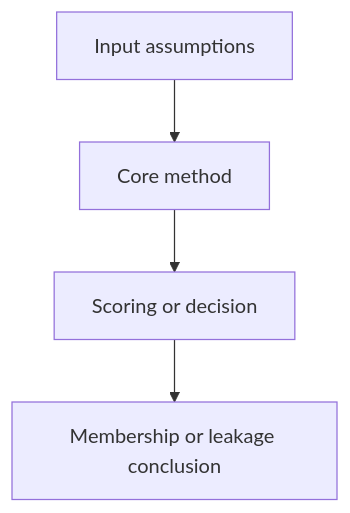
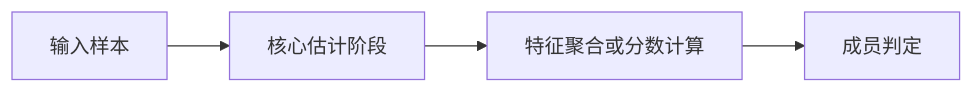
One commit to DeliciousBuding/DiffAudit-Research changed the diagram in docs/paper-reports/report-template.md. Above: the diagram before and after it, drawn with Mermaid. The commit also changed other lines of this file and 68 other files, not shown here.

````diff
--- a/docs/paper-reports/report-template.md
+++ b/docs/paper-reports/report-template.md
@@ -24,6 +44,6 @@
 ```mermaid
-flowchart TD
-    A["Input assumptions"] --> B["Core method"]
-    B --> C["Scoring or decision"]
-    C --> D["Membership or leakage conclusion"]
+flowchart LR
+    A["输入样本"] --> B["核心估计阶段"]
+    B --> C["特征聚合或分数计算"]
+    C --> D["成员判定"]
 ```
````
